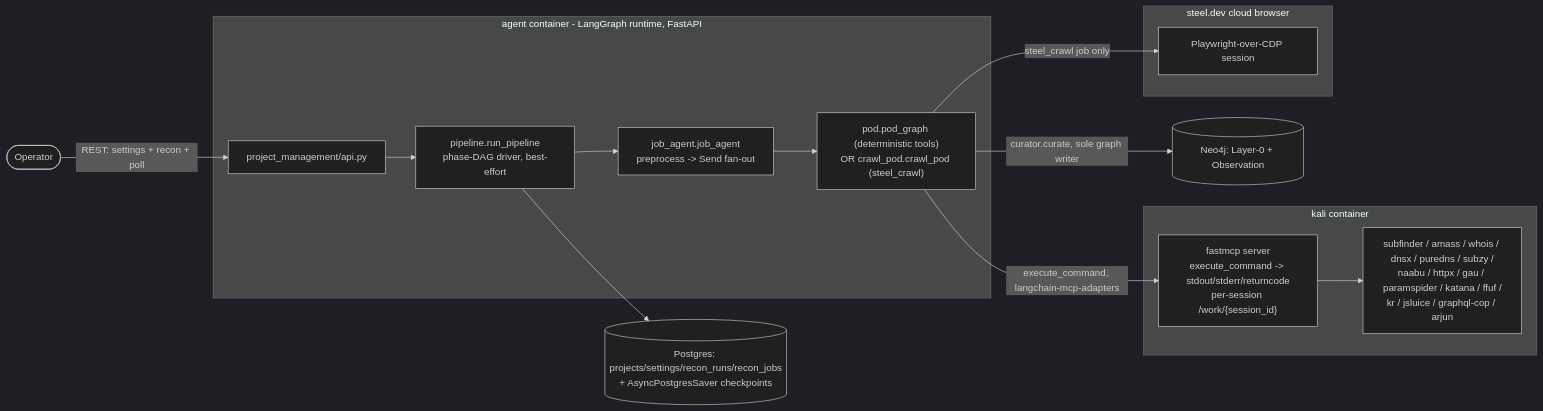
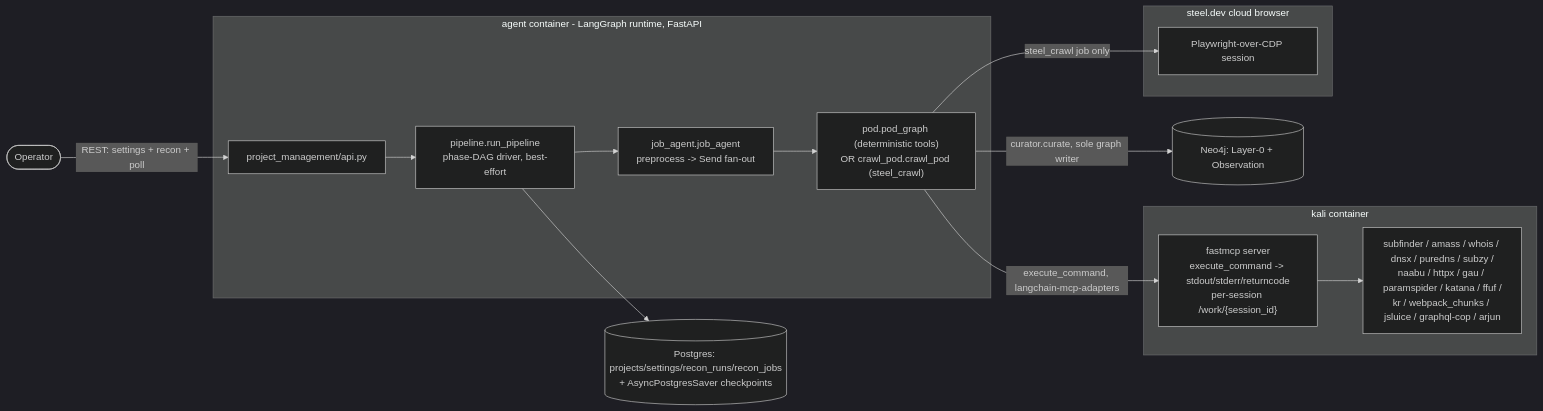
Before and after one commit to Diekgbbtt/polyphemus: the first of 7 diagrams in docs/design/recon-pipeline-design.md, drawn with Mermaid (dark theme). The commit also changed other lines of this file and 12 other files, not shown here.

````diff
--- a/docs/design/recon-pipeline-design.md
+++ b/docs/design/recon-pipeline-design.md
@@ -33,25 +33,25 @@
 ```mermaid
 flowchart LR
     OP([Operator]) -->|REST: settings + recon + poll| API
     subgraph AGENTC[agent container - LangGraph runtime, FastAPI]
         API[project_management/api.py]
         PORCH["pipeline.run_pipeline<br/>phase-DAG driver, best-effort"]
         JORCH["job_agent.job_agent<br/>preprocess -> Send fan-out"]
         POD["pod.pod_graph (deterministic tools)<br/>OR crawl_pod.crawl_pod (steel_crawl)"]
         API --> PORCH
         PORCH --> JORCH
         JORCH --> POD
     end
     subgraph KALIC[kali container]
         MCP["fastmcp server<br/>execute_command -> stdout/stderr/returncode<br/>per-session /work/{session_id}"]
-        TOOLS["subfinder / amass / whois / dnsx / puredns / subzy /<br/>naabu / httpx / gau / paramspider / katana / ffuf /<br/>kr / jsluice / graphql-cop / arjun"]
+        TOOLS["subfinder / amass / whois / dnsx / puredns / subzy /<br/>naabu / httpx / gau / paramspider / katana / ffuf /<br/>kr / webpack_chunks / jsluice / graphql-cop / arjun"]
         MCP --> TOOLS
     end
     subgraph STEELC[steel.dev cloud browser]
         STEEL[Playwright-over-CDP session]
     end
     POD -->|execute_command, langchain-mcp-adapters| MCP
     POD -->|steel_crawl job only| STEEL
     POD -->|curator.curate, sole graph writer| NEO[(Neo4j: Layer-0 + Observation)]
     PORCH --> PG[(Postgres: projects/settings/recon_runs/recon_jobs<br/>+ AsyncPostgresSaver checkpoints)]
 ```
````
